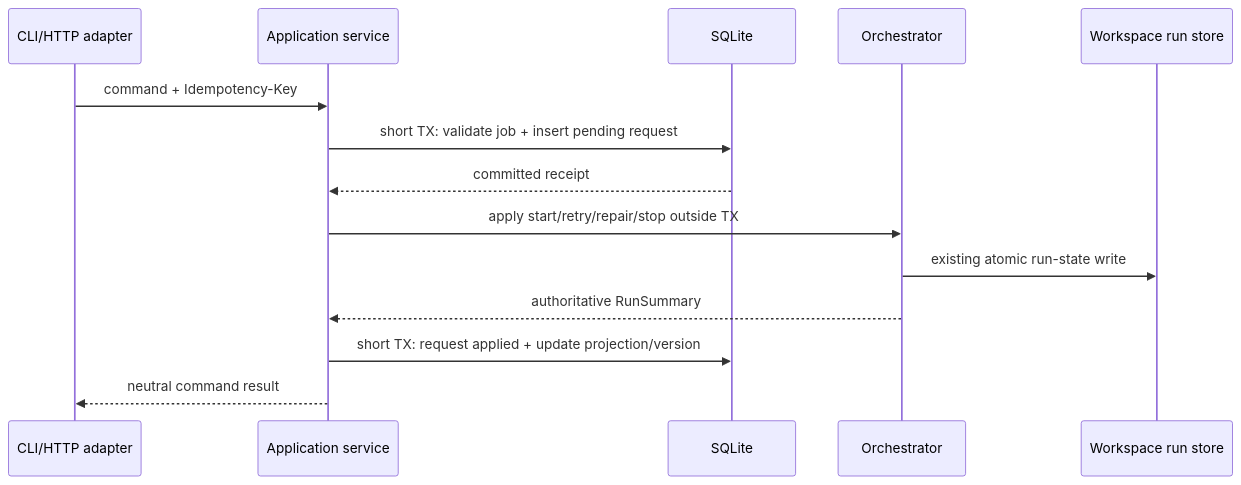
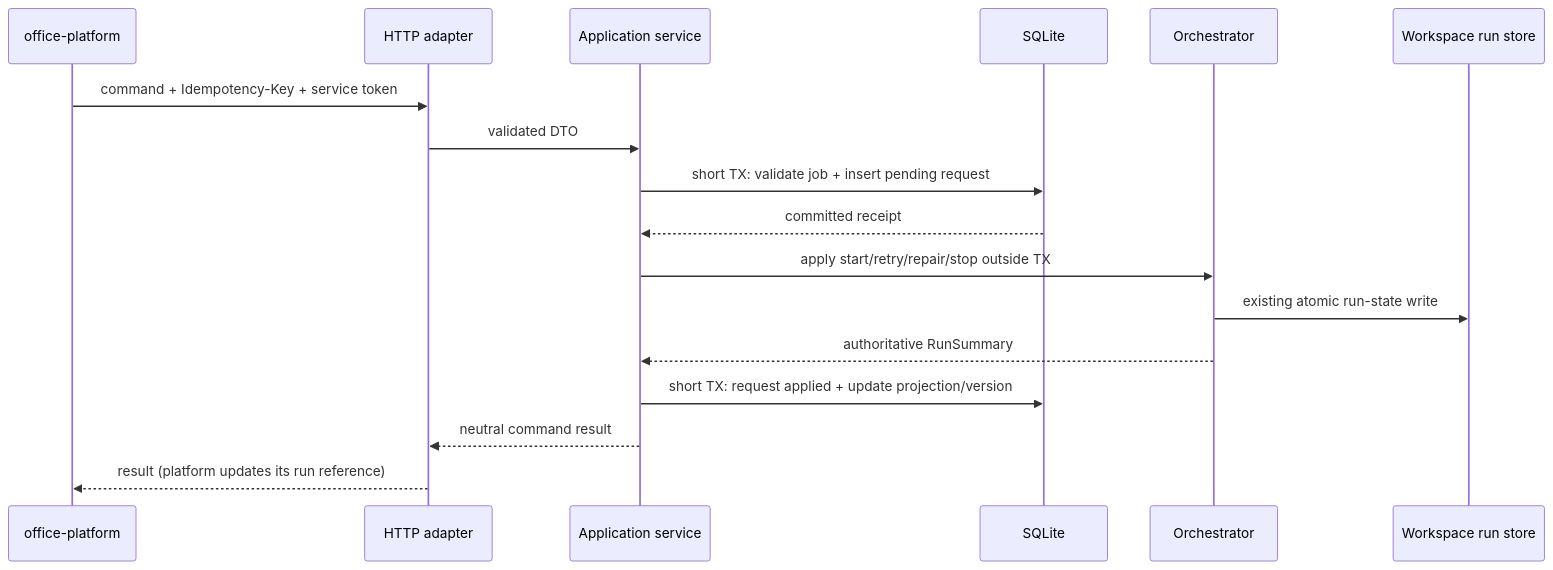
One commit to peerasak-u/ksk-keying changed the fifth of 5 diagrams in docs/plans/2026-08-06-keying-core-modular-monolith-plan.md. Above: the diagram before and after it, drawn with Mermaid. The commit also changed other lines of this file and 2 other files, not shown here.

````diff
--- a/docs/plans/2026-08-06-keying-core-modular-monolith-plan.md
+++ b/docs/plans/2026-08-06-keying-core-modular-monolith-plan.md
@@ -276,17 +636,20 @@
 ```mermaid
 sequenceDiagram
-  participant I as CLI/HTTP adapter
+  participant P as office-platform
+  participant I as HTTP adapter
   participant A as Application service
   participant D as SQLite
   participant O as Orchestrator
   participant R as Workspace run store
 
-  I->>A: command + Idempotency-Key
+  P->>I: command + Idempotency-Key + service token
+  I->>A: validated DTO
   A->>D: short TX: validate job + insert pending request
   D-->>A: committed receipt
   A->>O: apply start/retry/repair/stop outside TX
   O->>R: existing atomic run-state write
   O-->>A: authoritative RunSummary
   A->>D: short TX: request applied + update projection/version
   A-->>I: neutral command result
+  I-->>P: result (platform updates its run reference)
 ```
````
